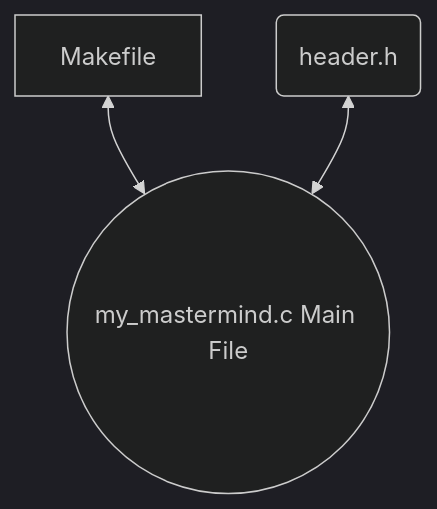
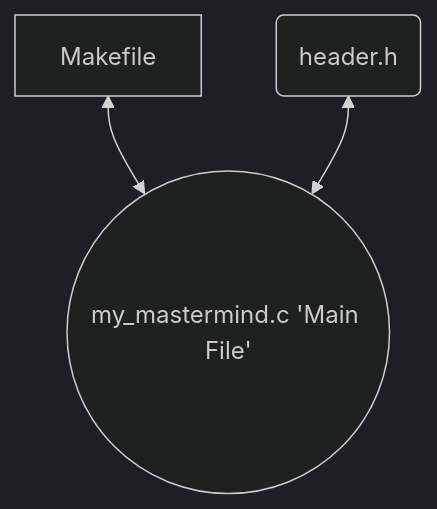
Before and after one commit to EliasFCS/Colint-School: the diagram in B1_(2026-2027)/B1_Evaluations/My_Mastermind/README.md, drawn with Mermaid (dark theme).

Commit message:
Docs: Mastermind Readme.md Optimisation

````diff
--- a/B1_(2026-2027)/B1_Evaluations/My_Mastermind/README.md
+++ b/B1_(2026-2027)/B1_Evaluations/My_Mastermind/README.md
@@ -610,6 +610,6 @@
 ```mermaid
 flowchart BT
-    Root((my_mastermind.c Main File))
+    Root((my_mastermind.c 'Main File'))
     Root <--> B1_1[Makefile]
     Root <--> B1_2(header.h)
 ```
````
